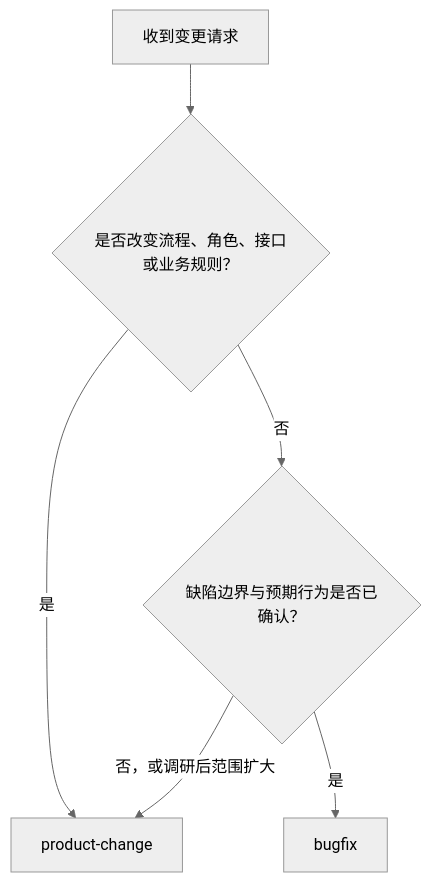
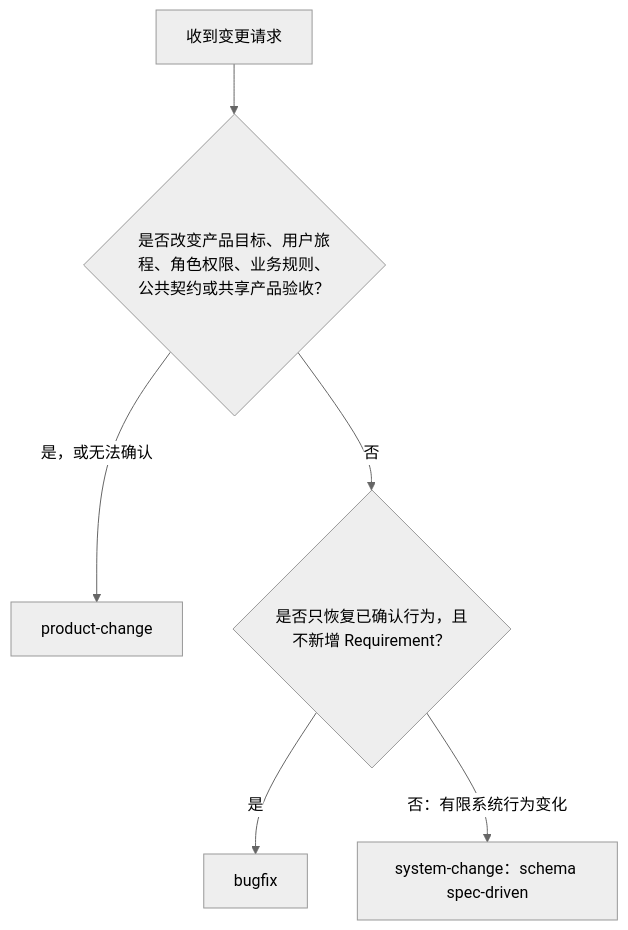
One commit to haoranliu66/openspec_workflow changed the first of 2 diagrams in README.md. Above: the diagram before and after it, drawn with Mermaid (neutral theme). The commit also changed other lines of this file and 71 other files, not shown here.

````diff
--- a/README.md
+++ b/README.md
@@ -111,8 +113,8 @@
 ```mermaid
 flowchart TD
-    A["收到变更请求"] --> B{"是否改变流程、角色、接口或业务规则？"}
-    B -- "是" --> P["product-change"]
-    B -- "否" --> C{"缺陷边界与预期行为是否已确认？"}
+    A["收到变更请求"] --> B{"是否改变产品目标、用户旅程、角色权限、业务规则、公共契约或共享产品验收？"}
+    B -- "是，或无法确认" --> P["product-change"]
+    B -- "否" --> C{"是否只恢复已确认行为，且不新增 Requirement？"}
     C -- "是" --> F["bugfix"]
-    C -- "否，或调研后范围扩大" --> P
+    C -- "否：有限系统行为变化" --> S["system-change：schema spec-driven"]
 ```
````
